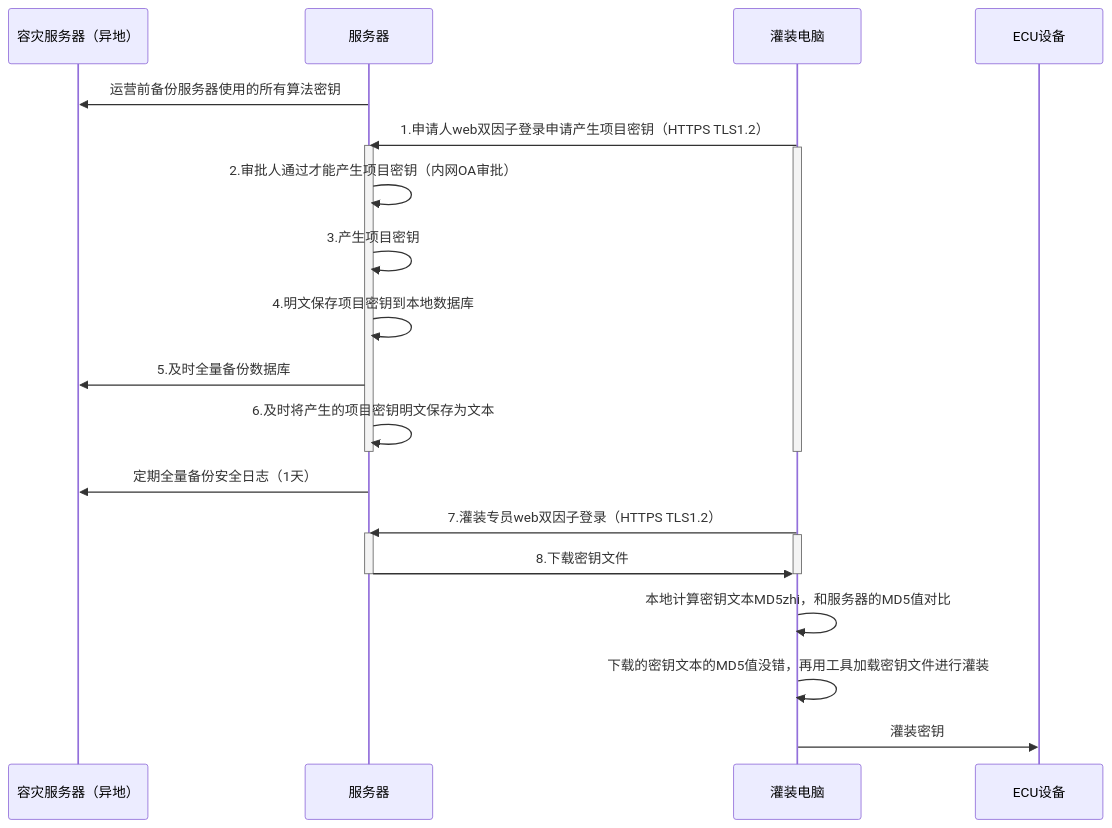
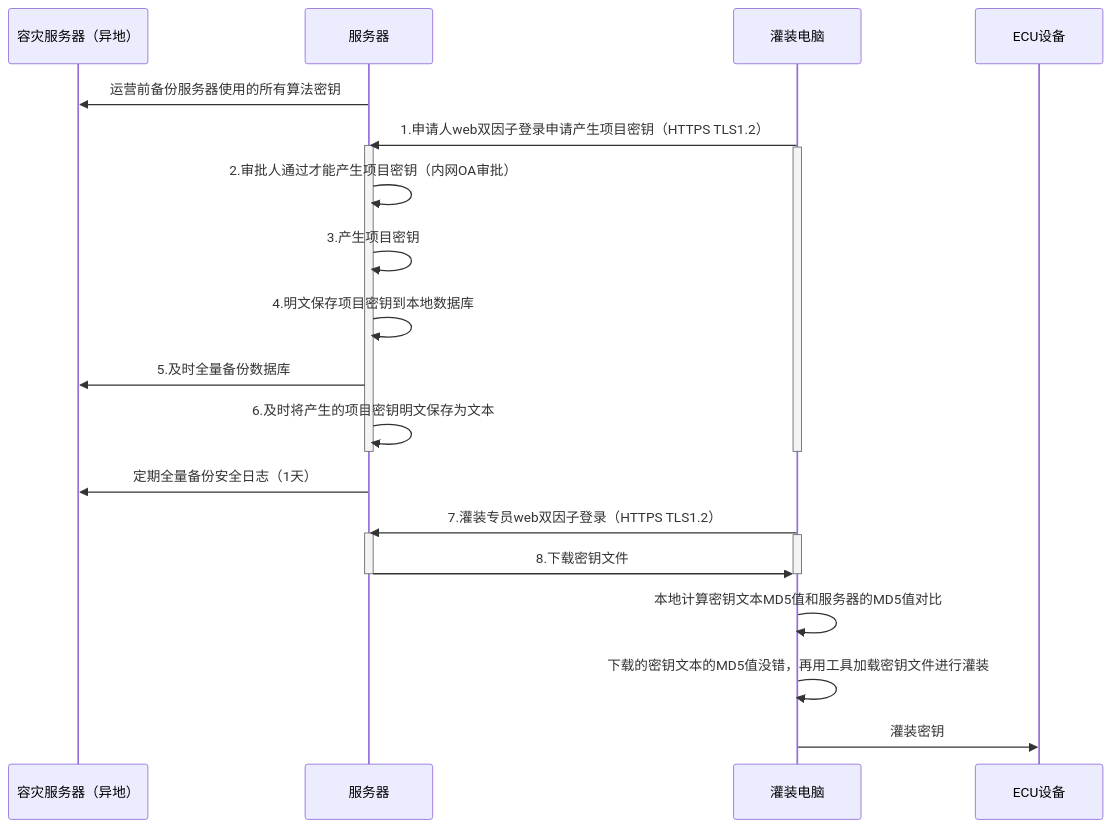
One commit to facebook-cloud/iodraw-files changed the diagram in all/未命名-17.md. Above: the diagram before and after it, drawn with Mermaid.

Commit message:
2026-03-06 09:35:46 update

````diff
--- a/all/未命名-17.md
+++ b/all/未命名-17.md
@@ -1,33 +1,33 @@
 ```mermaid
 sequenceDiagram
     participant A as 容灾服务器（异地）
     participant B as 服务器
     participant D as 灌装电脑
     participant E as ECU设备
 
     B->>A: 运营前备份服务器使用的所有算法密钥
     D->>B: 1.申请人web双因子登录申请产生项目密钥（HTTPS TLS1.2）
     activate B
     activate D
     B->>B: 2.审批人通过才能产生项目密钥（内网OA审批）
     B->>B: 3.产生项目密钥
     B->>B: 4.明文保存项目密钥到本地数据库
     B->>A: 5.及时全量备份数据库
     B->>B: 6.及时将产生的项目密钥明文保存为文本
     deactivate B
     deactivate D
 
     B->>A: 定期全量备份安全日志（1天）
     
     D->>B: 7.灌装专员web双因子登录（HTTPS TLS1.2）
     activate B
     activate D
     B->>D: 8.下载密钥文件
     deactivate B
     deactivate D
 
-    D->>D:本地计算密钥文本MD5zhi，和服务器的MD5值对比
+    D->>D:本地计算密钥文本MD5值和服务器的MD5值对比
     D->>D:下载的密钥文本的MD5值没错，再用工具加载密钥文件进行灌装
     
     D->>E: 灌装密钥
 ```
````
